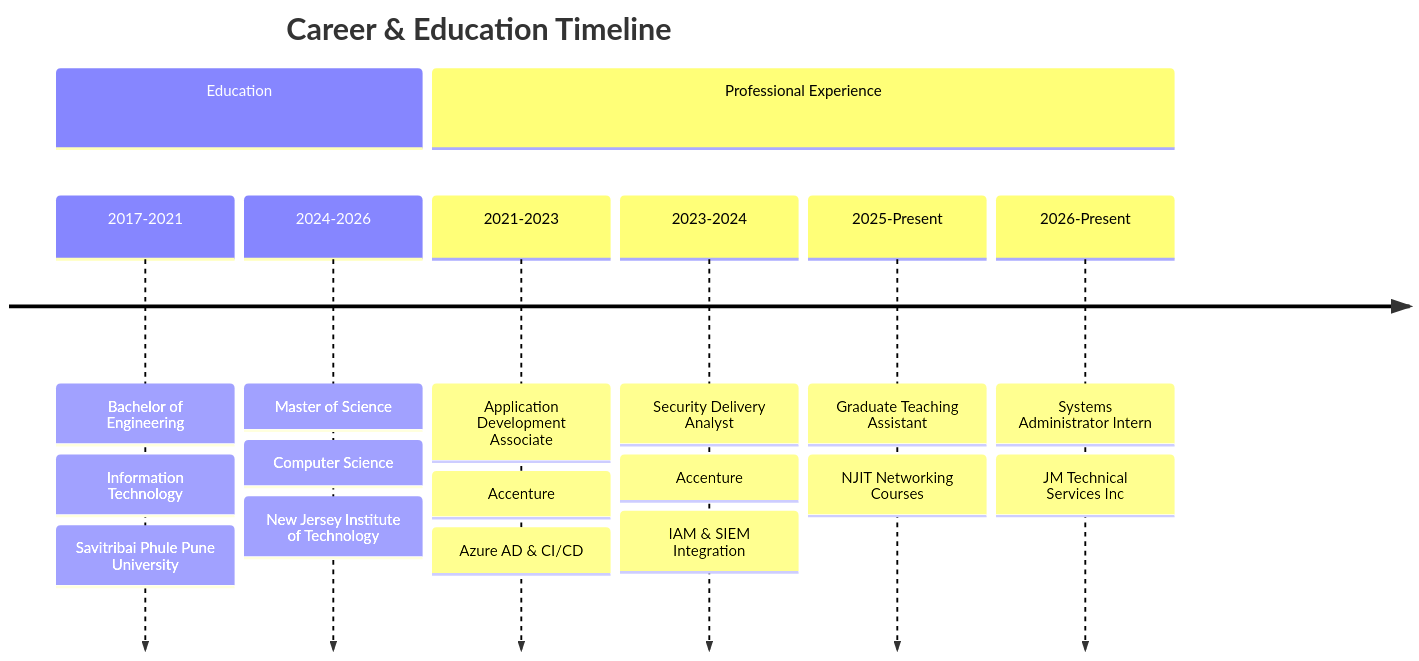
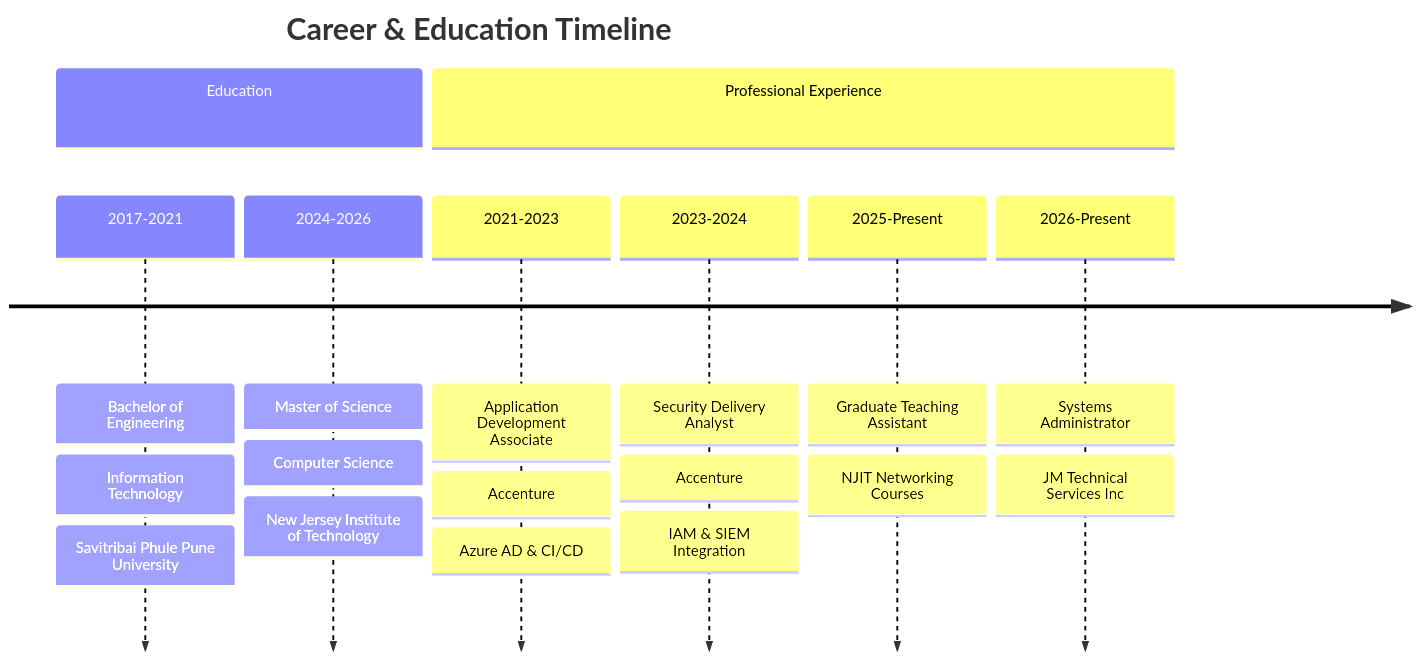
Before and after one commit to AkashDeore15/AkashDeore15: the third of 4 diagrams in README.md, drawn with Mermaid. The commit also changed other lines of this file, not shown here.

````diff
--- a/README.md
+++ b/README.md
@@ -135,22 +135,22 @@
 ```mermaid
 timeline
     title Career & Education Timeline
     section Education
         2017-2021 : Bachelor of Engineering
                   : Information Technology
                   : Savitribai Phule Pune University
         2024-2026 : Master of Science
                   : Computer Science
                   : New Jersey Institute of Technology
     section Professional Experience
         2021-2023 : Application Development Associate
                   : Accenture
                   : Azure AD & CI/CD
         2023-2024 : Security Delivery Analyst
                   : Accenture
                   : IAM & SIEM Integration
         2025-Present : Graduate Teaching Assistant
                      : NJIT Networking Courses
-        2026-Present : Systems Administrator Intern
+        2026-Present : Systems Administrator
                      : JM Technical Services Inc
 ```
````
